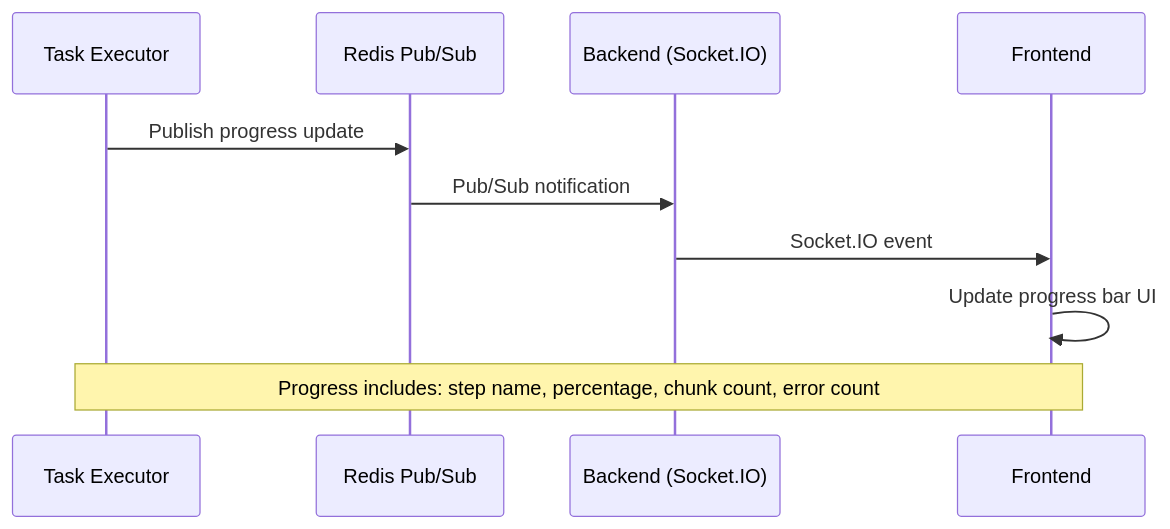
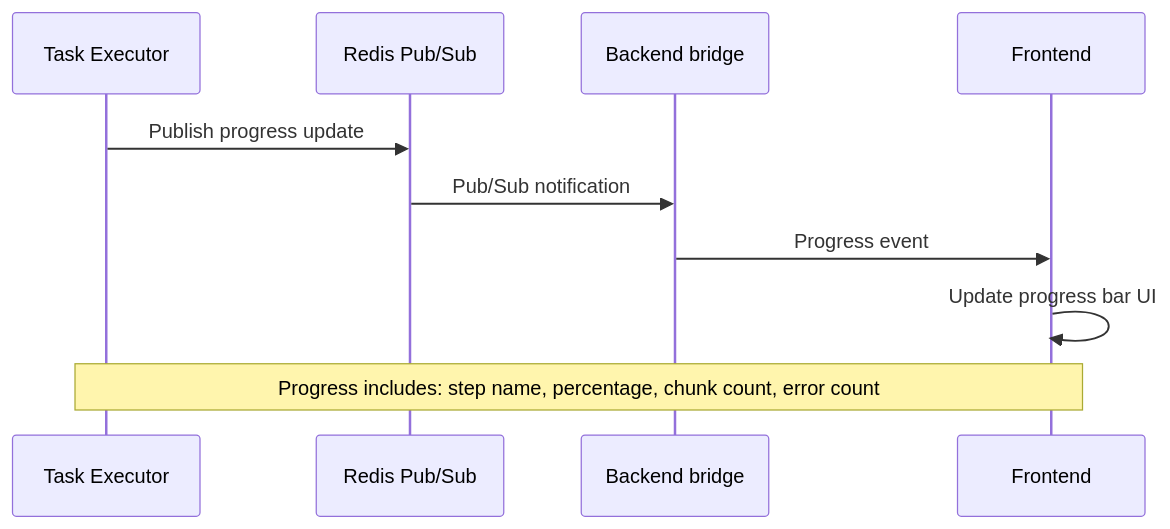
The fourth of 4 diagrams in docs/basic-design/rag-pipeline/rag-pipeline-overview.md (b-knowledge-solution/b-knowledge), drawn with Mermaid before and after one commit. The commit also changed 83 other files, not shown here.

````diff
--- a/docs/basic-design/rag-pipeline/rag-pipeline-overview.md
+++ b/docs/basic-design/rag-pipeline/rag-pipeline-overview.md
@@ -134,14 +134,14 @@
 ```mermaid
 sequenceDiagram
     participant TE as Task Executor
     participant Redis as Redis Pub/Sub
-    participant BE as Backend (Socket.IO)
+    participant BE as Backend bridge
     participant FE as Frontend
 
     TE->>Redis: Publish progress update
     Redis->>BE: Pub/Sub notification
-    BE->>FE: Socket.IO event
+    BE->>FE: Progress event
     FE->>FE: Update progress bar UI
 
     Note over TE,FE: Progress includes: step name, percentage, chunk count, error count
 ```
````
